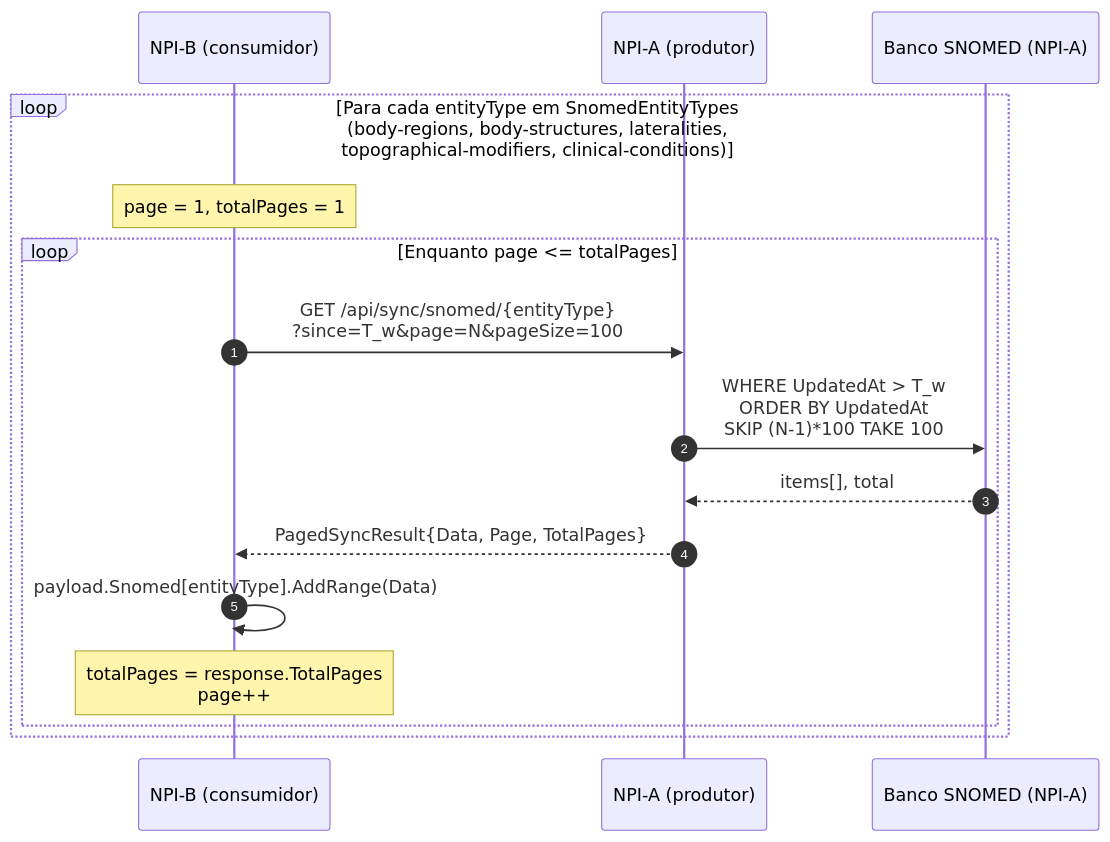
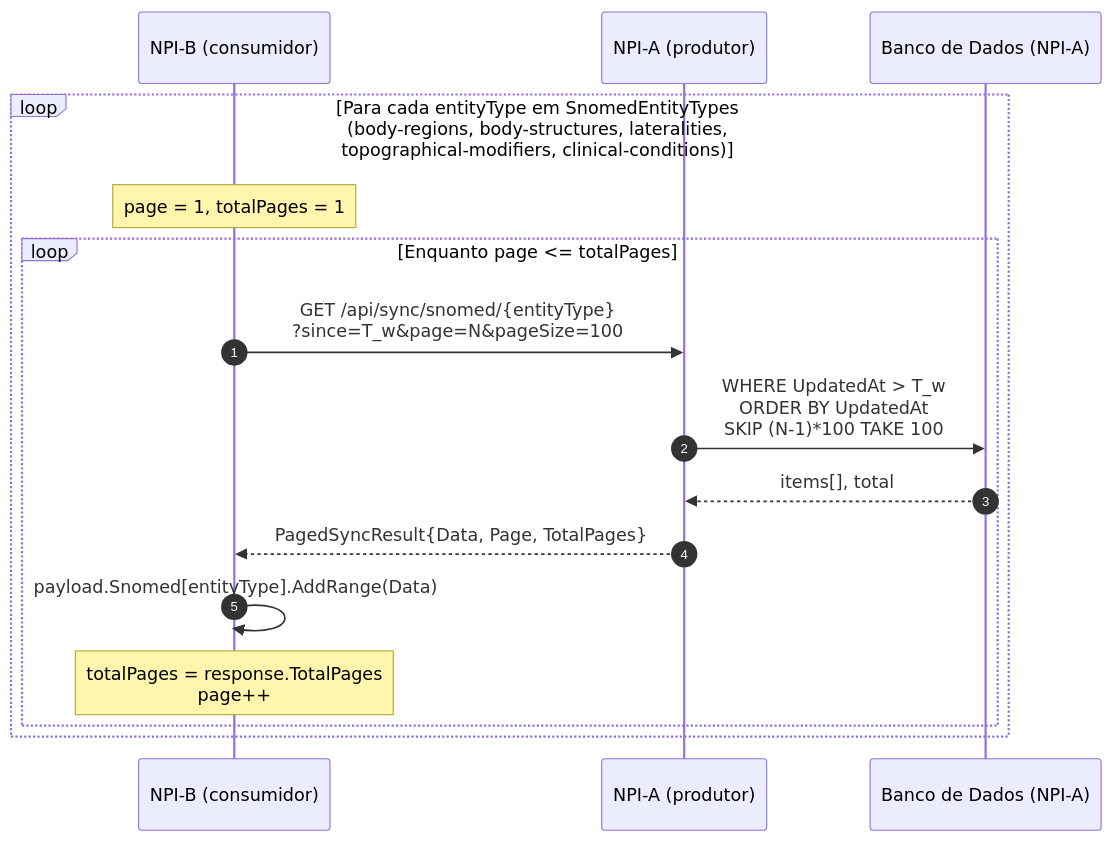
Before and after one commit to VitorAndTxr/TCC-Vitor: the diagram in figuras/Desenvolvimento/NPI/sync-catalogo-2-fetch.mmd, drawn with Mermaid. The commit also changed 15 other files, not shown here.

```diff
--- a/figuras/Desenvolvimento/NPI/sync-catalogo-2-fetch.mmd
+++ b/figuras/Desenvolvimento/NPI/sync-catalogo-2-fetch.mmd
@@ -1,22 +1,22 @@
 %% ============================================================
 %% Sincronizacao SNOMED - Parte 2/3: paginacao (fetch)
 %% Referenciado em: cap-experimentos-resultados.tex (4.2.5.2)
 %% Label: fig:NPISyncCatalogoFetch
 %% ============================================================
 sequenceDiagram
     autonumber
     participant B as NPI-B (consumidor)
     participant A as NPI-A (produtor)
-    participant DA as Banco SNOMED (NPI-A)
+    participant DA as Banco de Dados (NPI-A)
 
     loop Para cada entityType em SnomedEntityTypes<br/>(body-regions, body-structures, lateralities,<br/>topographical-modifiers, clinical-conditions)
         Note over B: page = 1, totalPages = 1
         loop Enquanto page <= totalPages
             B->>A: GET /api/sync/snomed/{entityType}<br/>?since=T_w&page=N&pageSize=100
             A->>DA: WHERE UpdatedAt > T_w<br/>ORDER BY UpdatedAt<br/>SKIP (N-1)*100 TAKE 100
             DA-->>A: items[], total
             A-->>B: PagedSyncResult{Data, Page, TotalPages}
             B->>B: payload.Snomed[entityType].AddRange(Data)
             Note over B: totalPages = response.TotalPages<br/>page++
         end
     end
```
